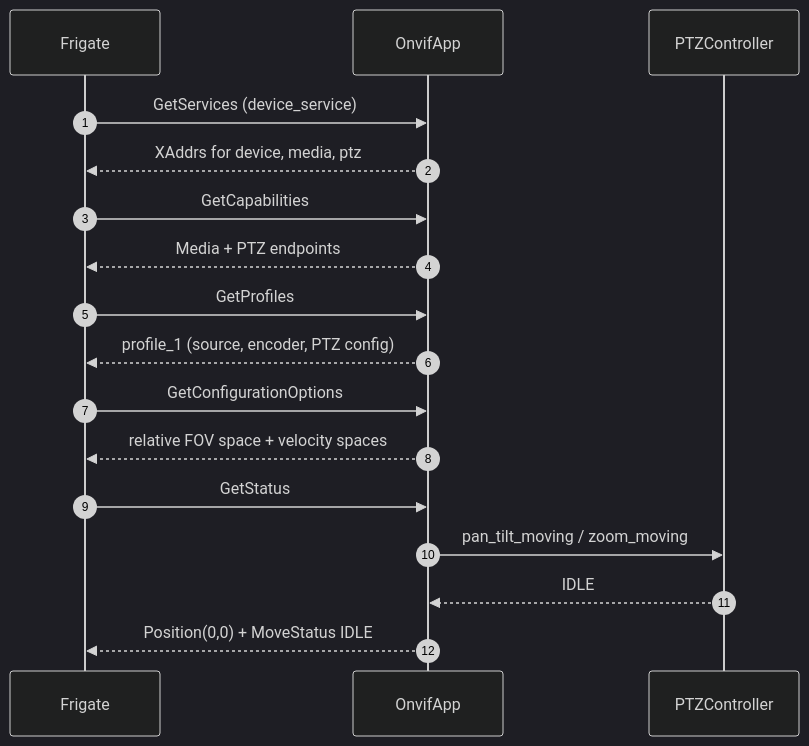
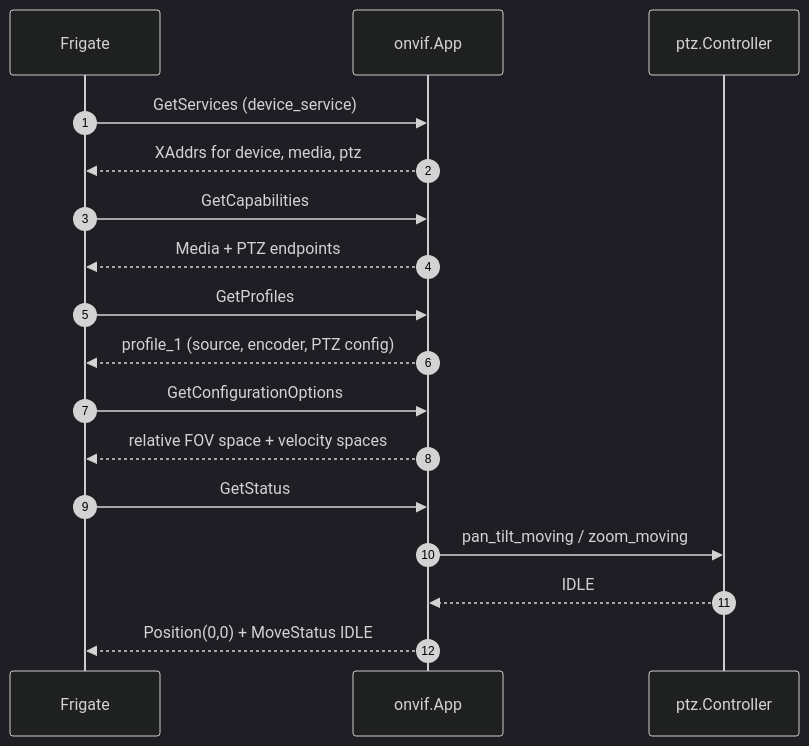
Before and after one commit to mabbas007/ezviz-ptz: the fifth of 11 diagrams in ARCHITECTURE.md, drawn with Mermaid (dark theme). The commit also changed other lines of this file and 40 other files, not shown here.

````diff
--- a/ARCHITECTURE.md
+++ b/ARCHITECTURE.md
@@ -272,20 +278,20 @@
 ```mermaid
 sequenceDiagram
     autonumber
     participant F as Frigate
-    participant O as OnvifApp
-    participant P as PTZController
+    participant O as onvif.App
+    participant P as ptz.Controller
 
     F->>O: GetServices (device_service)
     O-->>F: XAddrs for device, media, ptz
     F->>O: GetCapabilities
     O-->>F: Media + PTZ endpoints
     F->>O: GetProfiles
     O-->>F: profile_1 (source, encoder, PTZ config)
     F->>O: GetConfigurationOptions
     O-->>F: relative FOV space + velocity spaces
     F->>O: GetStatus
     O->>P: pan_tilt_moving / zoom_moving
     P-->>O: IDLE
     O-->>F: Position(0,0) + MoveStatus IDLE
 ```
````
